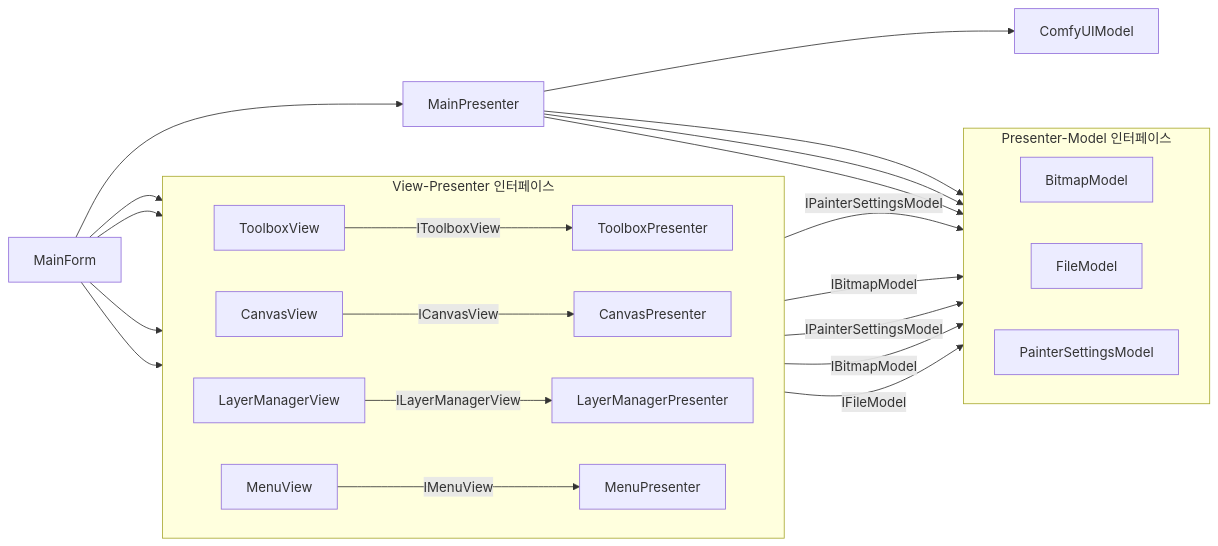
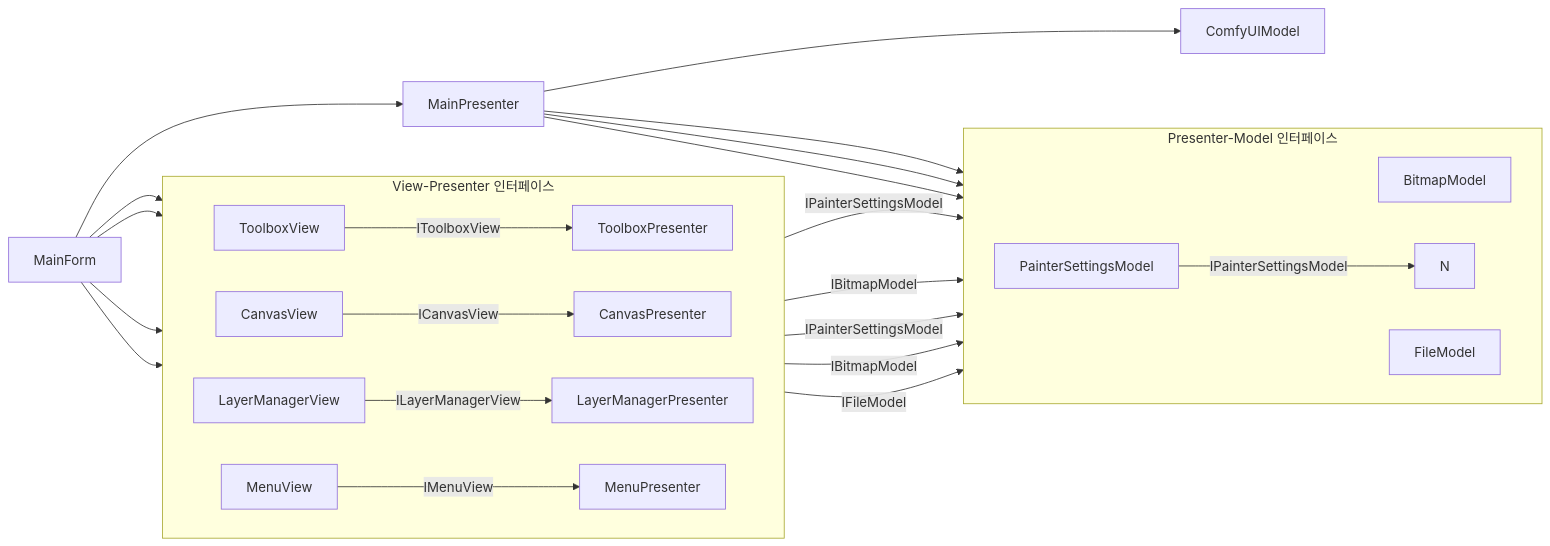
One commit to YunSeoJeong/APainter changed the diagram in docs/architecture.md. Above: the diagram before and after it, drawn with Mermaid. The commit also changed other lines of this file and 6 other files, not shown here.

````diff
--- a/docs/architecture.md
+++ b/docs/architecture.md
@@ -4,51 +4,52 @@
 ```mermaid
 graph LR
     %% View Layer
     A[MainForm]:::view
     F[ToolboxView]:::view
     H[CanvasView]:::view
     J[LayerManagerView]:::view
     L[MenuView]:::view
     
     %% Presenter Layer
     B[MainPresenter]:::presenter
     G[ToolboxPresenter]:::presenter
     I[CanvasPresenter]:::presenter
     K[LayerManagerPresenter]:::presenter
     M[MenuPresenter]:::presenter
     
     %% Model Layer
     C[BitmapModel]:::model
     D[ComfyUIModel]:::model
     E[FileModel]:::model
     S[PainterSettingsModel]:::model
     
     %% 인터페이스 계층
     subgraph View-Presenter 인터페이스
         direction LR
         F -->|IToolboxView| G
         H -->|ICanvasView| I
         J -->|ILayerManagerView| K
         L -->|IMenuView| M
     end
     
     subgraph Presenter-Model 인터페이스
         direction LR
         G -->|IPainterSettingsModel| S
+        S -->|IPainterSettingsModel| N
         I -->|IBitmapModel| C
         I -->|IPainterSettingsModel| S
         K -->|IBitmapModel| C
         M -->|IFileModel| E
     end
     
     %% 메인 폼 연결
     A --> B
     B --> C
     B --> D
     B --> E
     B --> S
     A --> F
     A --> H
     A --> J
     A --> L
 ```
````
